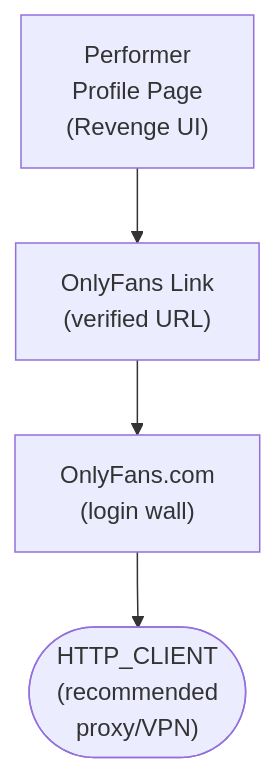
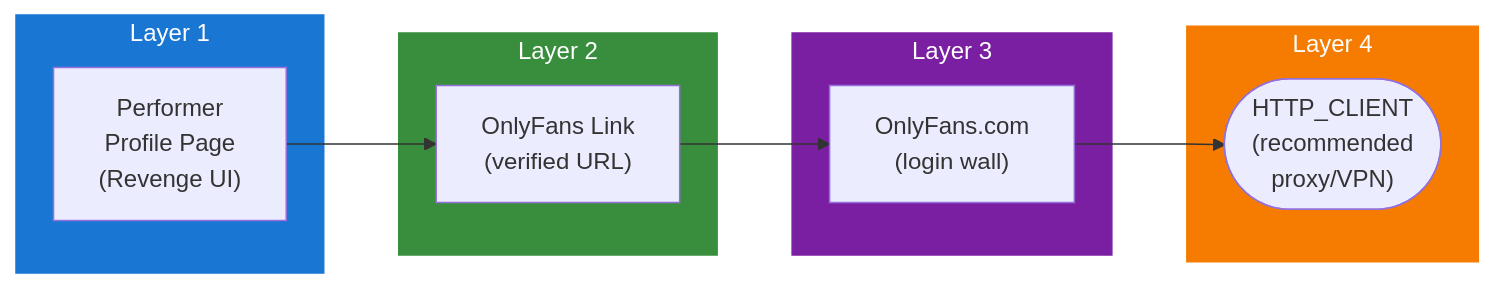
The diagram in docs/dev/design/integrations/metadata/adult/ONLYFANS.md (lusoris/revenge), drawn with Mermaid before and after one commit. The commit also changed 215 other files, not shown here.

First line of the commit message:
feat(diagrams): convert all ASCII diagrams to Mermaid with LR subgraphs

````diff
--- a/docs/dev/design/integrations/metadata/adult/ONLYFANS.md
+++ b/docs/dev/design/integrations/metadata/adult/ONLYFANS.md
@@ -59,10 +59,29 @@
 ```mermaid
-flowchart TD
-    node1["Performer<br/>Profile Page<br/>(Revenge UI)"]
-    node2["OnlyFans Link<br/>(verified URL)"]
-    node3["OnlyFans.com<br/>(login wall)"]
-    node4(["HTTP_CLIENT<br/>(recommended<br/>proxy/VPN)"])
+flowchart LR
+    subgraph Layer1["Layer 1"]
+        node1["Performer<br/>Profile Page<br/>(Revenge UI)"]
+    end
+
+    subgraph Layer2["Layer 2"]
+        node2["OnlyFans Link<br/>(verified URL)"]
+    end
+
+    subgraph Layer3["Layer 3"]
+        node3["OnlyFans.com<br/>(login wall)"]
+    end
+
+    subgraph Layer4["Layer 4"]
+        node4(["HTTP_CLIENT<br/>(recommended<br/>proxy/VPN)"])
+    end
+
+    %% Connections
     node1 --> node2
     node2 --> node3
     node3 --> node4
+
+    %% Styling
+    style Layer1 fill:#1976D2,stroke:#1976D2,color:#fff
+    style Layer2 fill:#388E3C,stroke:#388E3C,color:#fff
+    style Layer3 fill:#7B1FA2,stroke:#7B1FA2,color:#fff
+    style Layer4 fill:#F57C00,stroke:#F57C00,color:#fff
 ```
````
